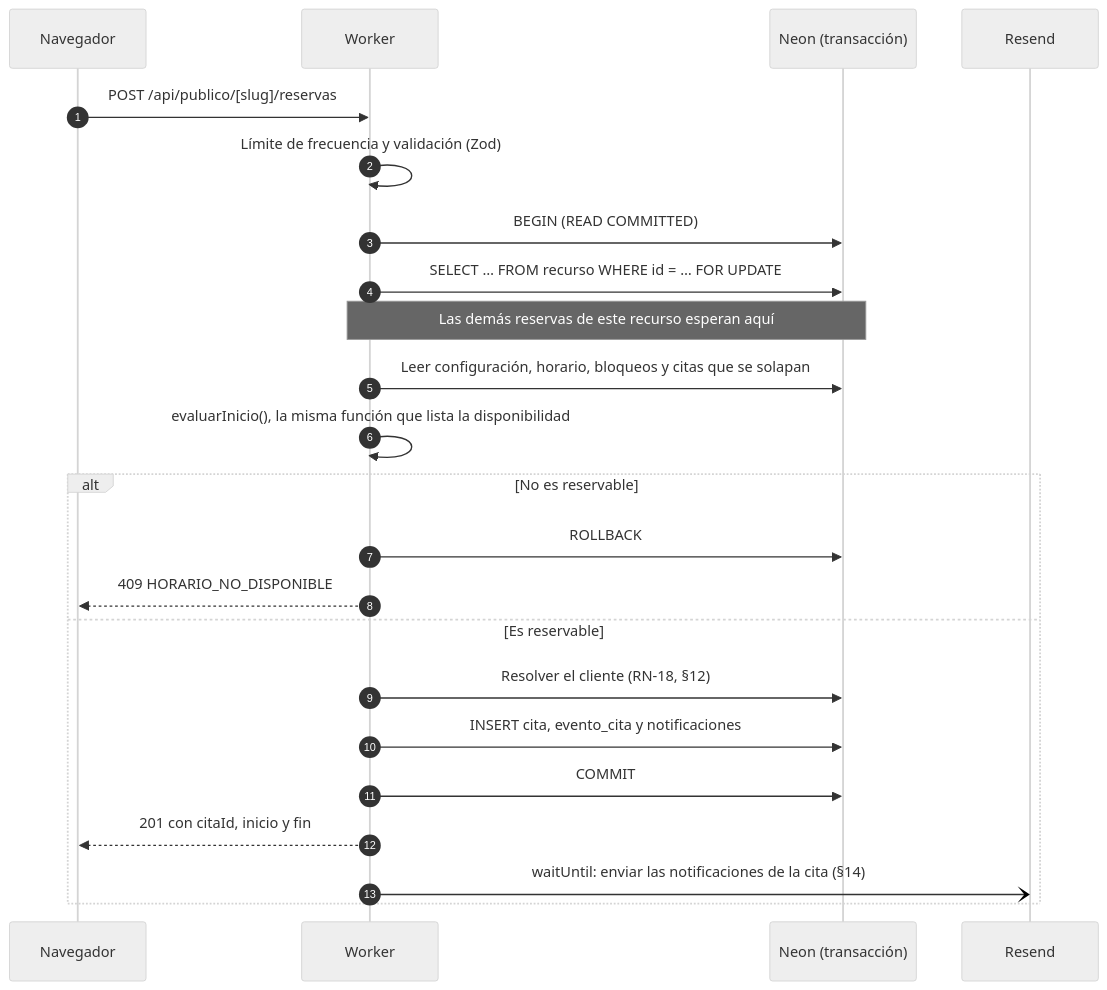
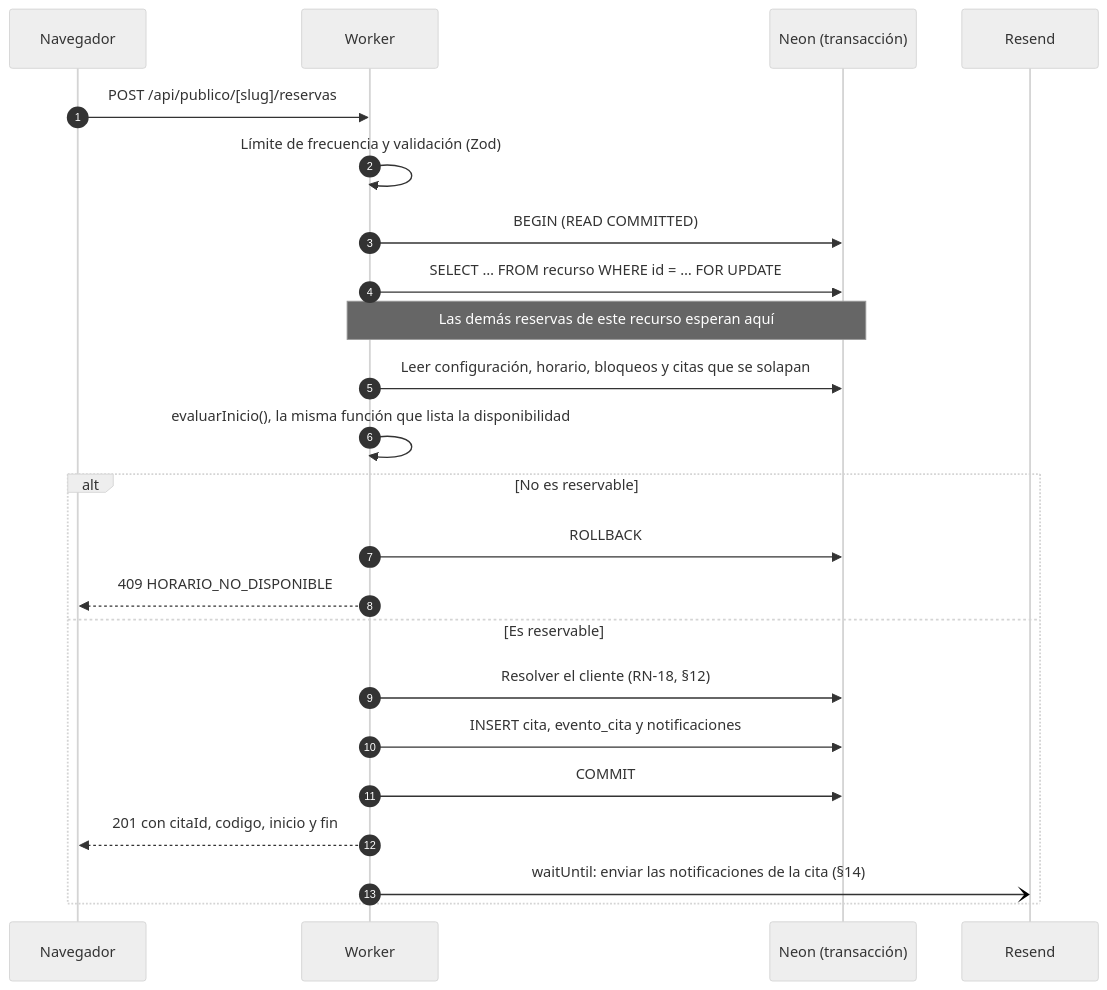
Before and after one commit to SilemNabib/appointment-scheduler: the third of 6 diagrams in docs/ARCHITECTURE.md, drawn with Mermaid (neutral theme). The commit also changed other lines of this file and 3 other files, not shown here.

First line of the commit message:
docs: ARCHITECTURE v0.12 con el modelo de la Fase 4

````diff
--- a/docs/ARCHITECTURE.md
+++ b/docs/ARCHITECTURE.md
@@ -569,25 +570,25 @@
 ```mermaid
 sequenceDiagram
     autonumber
     participant N as Navegador
     participant W as Worker
     participant DB as Neon (transacción)
     participant R as Resend
     N->>W: POST /api/publico/[slug]/reservas
     W->>W: Límite de frecuencia y validación (Zod)
     W->>DB: BEGIN (READ COMMITTED)
     W->>DB: SELECT … FROM recurso WHERE id = … FOR UPDATE
     Note over W,DB: Las demás reservas de este recurso esperan aquí
     W->>DB: Leer configuración, horario, bloqueos y citas que se solapan
     W->>W: evaluarInicio(), la misma función que lista la disponibilidad
     alt No es reservable
         W->>DB: ROLLBACK
         W-->>N: 409 HORARIO_NO_DISPONIBLE
     else Es reservable
         W->>DB: Resolver el cliente (RN-18, §12)
         W->>DB: INSERT cita, evento_cita y notificaciones
         W->>DB: COMMIT
-        W-->>N: 201 con citaId, inicio y fin
+        W-->>N: 201 con citaId, codigo, inicio y fin
         W-)R: waitUntil: enviar las notificaciones de la cita (§14)
     end
 ```
````
